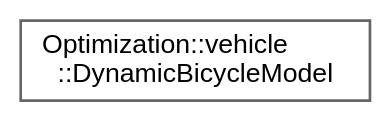
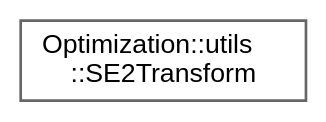
Before and after one commit to jswoo0615/Algorithms_for_Optimization_cpp: the diagram in inherit_graph_96.dot, drawn with Graphviz. The commit also changed 87 other files, not shown here.

```diff
--- a/inherit_graph_96.dot
+++ b/inherit_graph_96.dot
@@ -1,9 +1,9 @@
 digraph "Graphical Class Hierarchy"
 {
  // LATEX_PDF_SIZE
   bgcolor="transparent";
   edge [fontname=Helvetica,fontsize=10,labelfontname=Helvetica,labelfontsize=10];
   node [fontname=Helvetica,fontsize=10,shape=box,height=0.2,width=0.4];
   rankdir="LR";
-  Node0 [id="Node000000",label="Optimization::vehicle\l::DynamicBicycleModel",height=0.2,width=0.4,color="grey40", fillcolor="white", style="filled",URL="$structOptimization_1_1vehicle_1_1DynamicBicycleModel.html",tooltip="Dynamic Bicycle Model (6-State, 2-Control)"];
+  Node0 [id="Node000000",label="Optimization::utils\l::SE2Transform",height=0.2,width=0.4,color="grey40", fillcolor="white", style="filled",URL="$classOptimization_1_1utils_1_1SE2Transform.html",tooltip="SE(2) 평면상의 동차 변환(Homogeneous Transform) 유틸리티"];
 }
```
